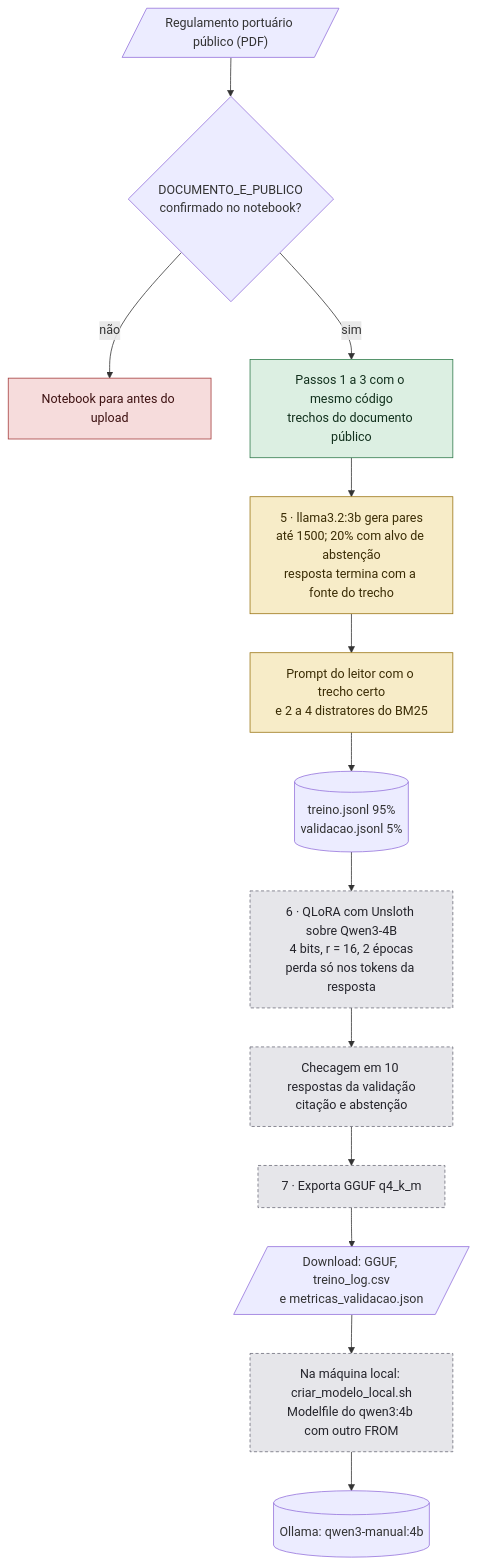
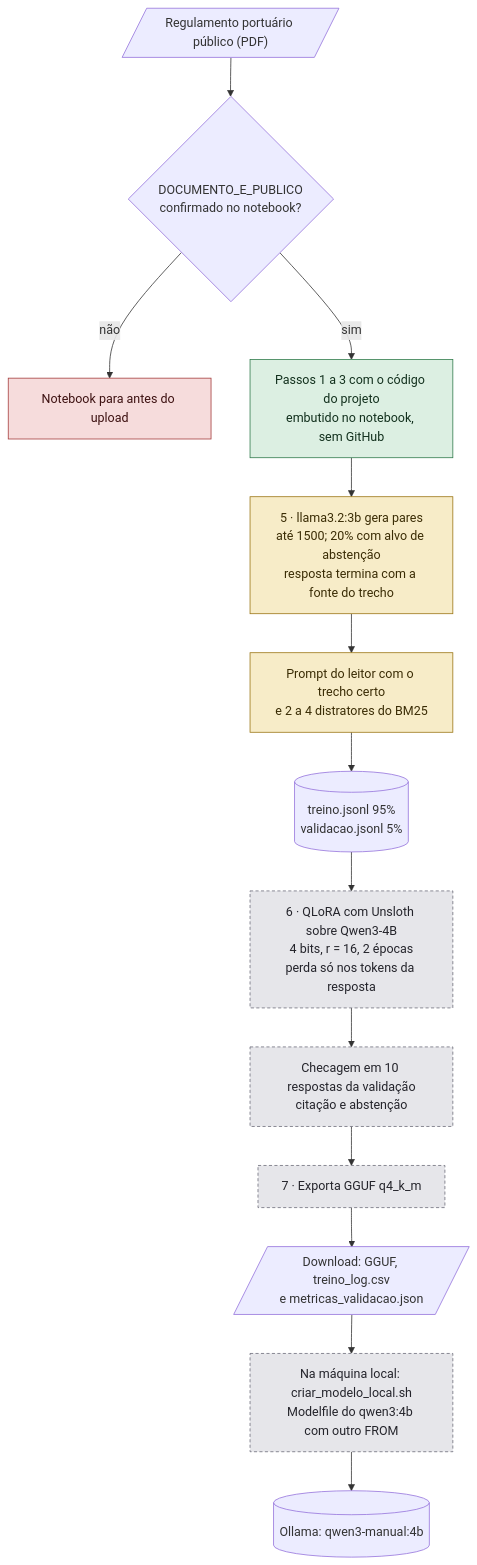
The fifth of 5 diagrams in docs/fluxograma.md (juvenalbruno/qa_manual_pln), drawn with Mermaid before and after one commit. The commit also changed 6 other files, not shown here.

````diff
--- a/docs/fluxograma.md
+++ b/docs/fluxograma.md
@@ -155,24 +155,24 @@
 ```mermaid
 flowchart TD
   PUB[/"Regulamento portuário público (PDF)"/] --> OK{"DOCUMENTO_E_PUBLICO<br/>confirmado no notebook?"}
   OK -->|não| STOP["Notebook para antes do upload"]
-  OK -->|sim| P13["Passos 1 a 3 com o mesmo código<br/>trechos do documento público"]
+  OK -->|sim| P13["Passos 1 a 3 com o código do projeto<br/>embutido no notebook, sem GitHub"]
   P13 --> P5["5 · llama3.2:3b gera pares<br/>até 1500; 20% com alvo de abstenção<br/>resposta termina com a fonte do trecho"]
   P5 --> CT["Prompt do leitor com o trecho certo<br/>e 2 a 4 distratores do BM25"]
   CT --> DS[("treino.jsonl 95%<br/>validacao.jsonl 5%")]
   DS --> P6["6 · QLoRA com Unsloth sobre Qwen3-4B<br/>4 bits, r = 16, 2 épocas<br/>perda só nos tokens da resposta"]
   P6 --> SAN["Checagem em 10 respostas da validação<br/>citação e abstenção"]
   SAN --> P7["7 · Exporta GGUF q4_k_m"]
   P7 --> DL[/"Download: GGUF, treino_log.csv<br/>e metricas_validacao.json"/]
   DL --> LOC["Na máquina local: criar_modelo_local.sh<br/>Modelfile do qwen3:4b com outro FROM"]
   LOC --> OL[("Ollama: qwen3-manual:4b")]
 
   classDef ok fill:#dcefe2,stroke:#2f7a4a,color:#12301d
   classDef sim fill:#f7ecc8,stroke:#9a7413,color:#3a2c05
   classDef nao fill:#e6e6ea,stroke:#6b6b78,color:#24242b,stroke-dasharray:4 3
   classDef erro fill:#f6dcdc,stroke:#a33a3a,color:#3d1111
   class P13 ok
   class P5,CT sim
   class P6,SAN,P7,LOC nao
   class STOP erro
 ```
````
